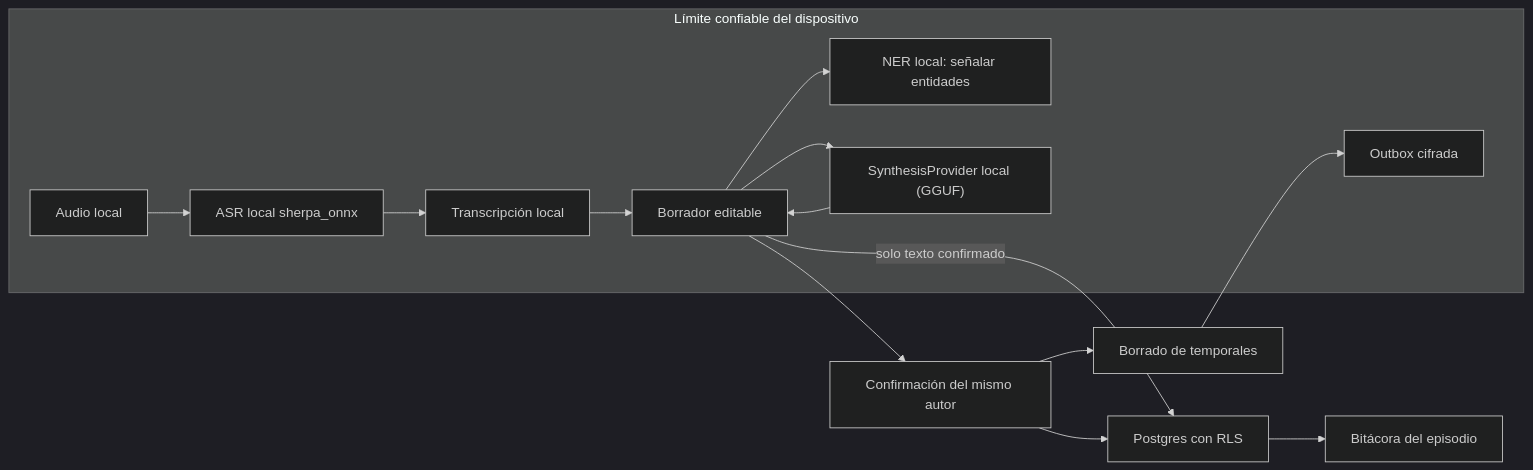
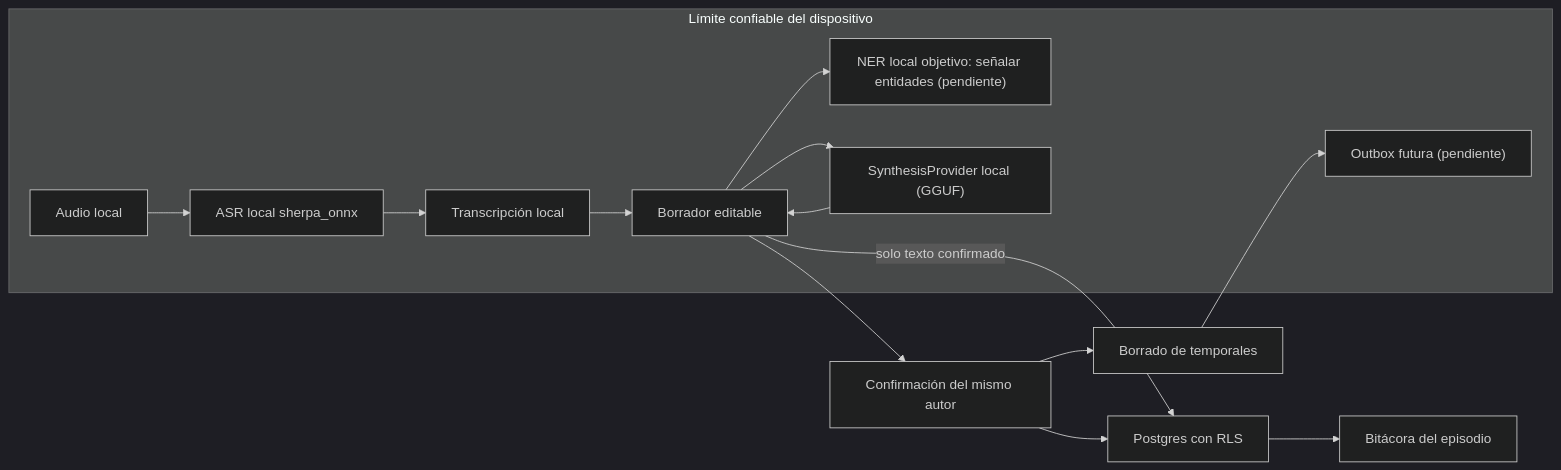
Before and after one commit to panxoyk/carer-record-app: the diagram in docs/foundation/09-audio-ai-ner.md, drawn with Mermaid (dark theme). The commit also changed other lines of this file and 17 other files, not shown here.

````diff
--- a/docs/foundation/09-audio-ai-ner.md
+++ b/docs/foundation/09-audio-ai-ner.md
@@ -30,18 +30,18 @@
 ```mermaid
 flowchart LR
   subgraph Dispositivo["Límite confiable del dispositivo"]
     A["Audio local"] --> B["ASR local sherpa_onnx"]
     B --> C["Transcripción local"]
     C --> D["Borrador editable"]
-    D --> E["NER local: señalar entidades"]
+    D --> E["NER local objetivo: señalar entidades (pendiente)"]
     D --> F["SynthesisProvider local (GGUF)"]
     F --> D
-    O["Outbox cifrada"]
+    O["Outbox futura (pendiente)"]
   end
   D -->|"solo texto confirmado"| G["Postgres con RLS"]
   G --> H["Bitácora del episodio"]
   D --> I["Confirmación del mismo autor"]
   I --> G
   I --> J["Borrado de temporales"]
   J --> O
 ```
````
